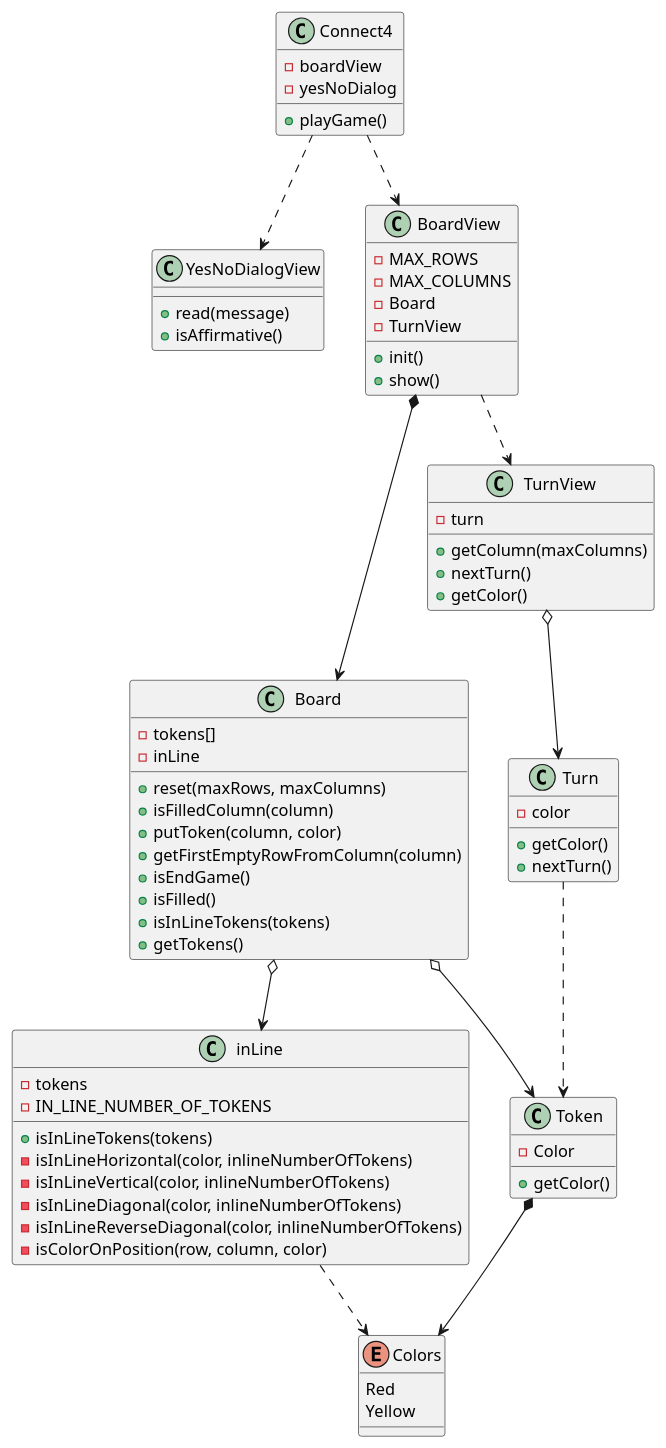
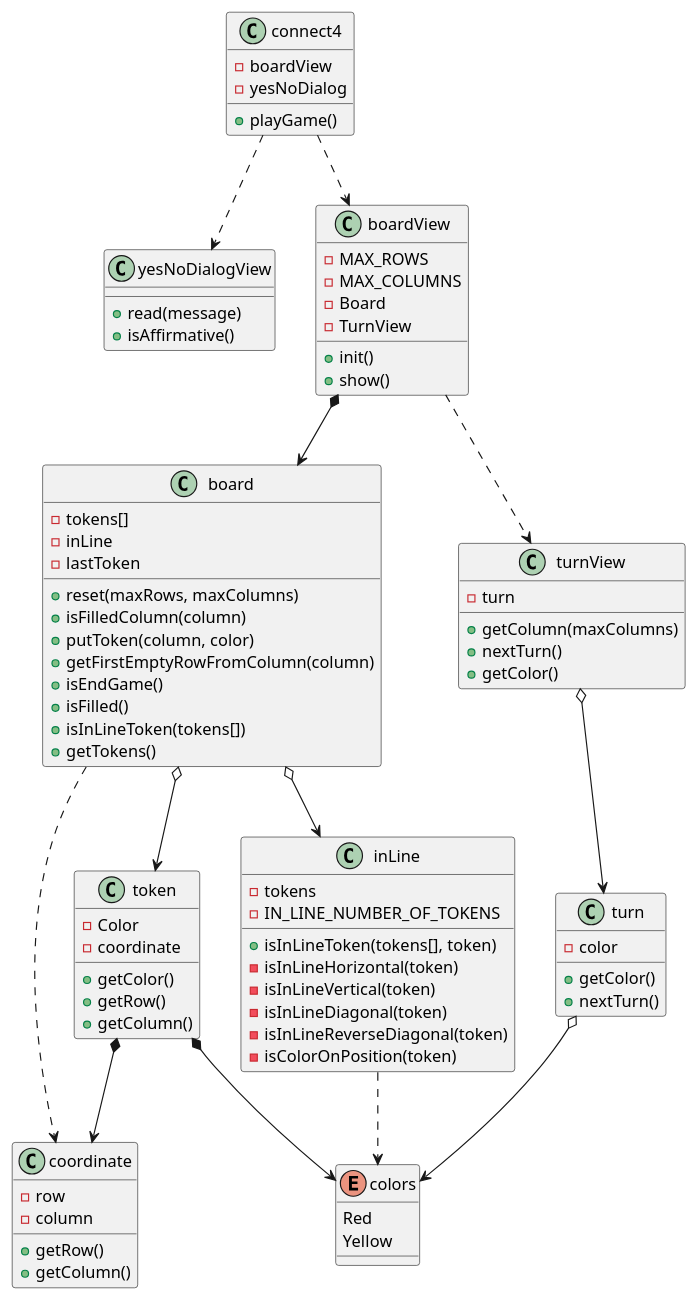
The diagram in UML/softwareModel.puml (jumpering/connect4), drawn with PlantUML before and after one commit. The commit also changed 2 other files, not shown here.

Commit message:
refactor UML and inLine class

```diff
--- a/UML/softwareModel.puml
+++ b/UML/softwareModel.puml
@@ -1,81 +1,89 @@
 @startuml
 
-class Connect4{
+class connect4{
     - boardView
     - yesNoDialog
     + playGame()
 }
-class YesNoDialogView{
+class yesNoDialogView{
     + read(message)
     + isAffirmative()
 }
-class Board{
+class board{
     - tokens[]
     - inLine
+    - lastToken
     + reset(maxRows, maxColumns)
     + isFilledColumn(column)
     + putToken(column, color)
     + getFirstEmptyRowFromColumn(column)
     + isEndGame()
     + isFilled()
-    + isInLineTokens(tokens)
+    + isInLineToken(tokens[])
     + getTokens()
 }
-class BoardView{
+class boardView{
     - MAX_ROWS
     - MAX_COLUMNS
     - Board
     - TurnView
     + init()
     + show()
 }
 class inLine{
     - tokens
     - IN_LINE_NUMBER_OF_TOKENS
-    + isInLineTokens(tokens)
-    - isInLineHorizontal(color, inlineNumberOfTokens)
-    - isInLineVertical(color, inlineNumberOfTokens)
-    - isInLineDiagonal(color, inlineNumberOfTokens)
-    - isInLineReverseDiagonal(color, inlineNumberOfTokens)
-    - isColorOnPosition(row, column, color)
+    + isInLineToken(tokens[], token)
+    - isInLineHorizontal(token)
+    - isInLineVertical(token)
+    - isInLineDiagonal(token)
+    - isInLineReverseDiagonal(token)
+    - isColorOnPosition(token)
 }
 
-class Token{
+class token{
     - Color
+    - coordinate
     + getColor()
+    + getRow()
+    + getColumn()
 }
-class TurnView{
+
+class coordinate {
+    - row 
+    - column
+    + getRow()
+    + getColumn()
+}
+
+class turnView{
     - turn
     + getColumn(maxColumns)
     + nextTurn()
     + getColor()
 }
 
-class Turn{
+class turn{
     - color
     + getColor()
     + nextTurn()
 }
 
-enum Colors{
+enum colors{
 Red
 Yellow
 }
 
-Connect4 ..> BoardView
-Connect4 ..> YesNoDialogView
-
-BoardView *--> Board
-BoardView ..> TurnView
-TurnView o--> Turn
-
-Board o--> Token
-Board o--> inLine
-
-inLine ..> Colors
-
-Turn ..> Token
-
-
-Token *--> Colors
+connect4 ..> boardView
+connect4 ..> yesNoDialogView
+boardView *--> board
+boardView ..> turnView
+turnView o--> turn
+board o--> token
+board o--> inLine
+board ..> coordinate
+inLine ..> colors
+turn o--> colors
+token *--> colors
+token *--> coordinate
 @enduml
```
